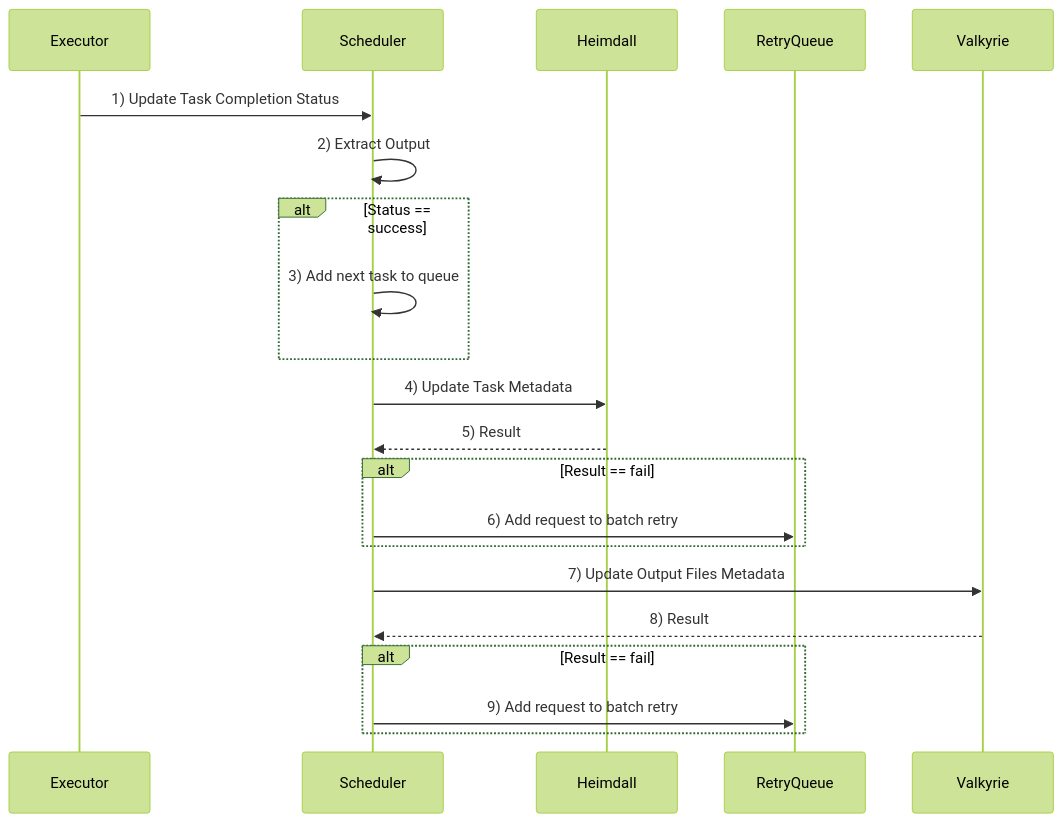
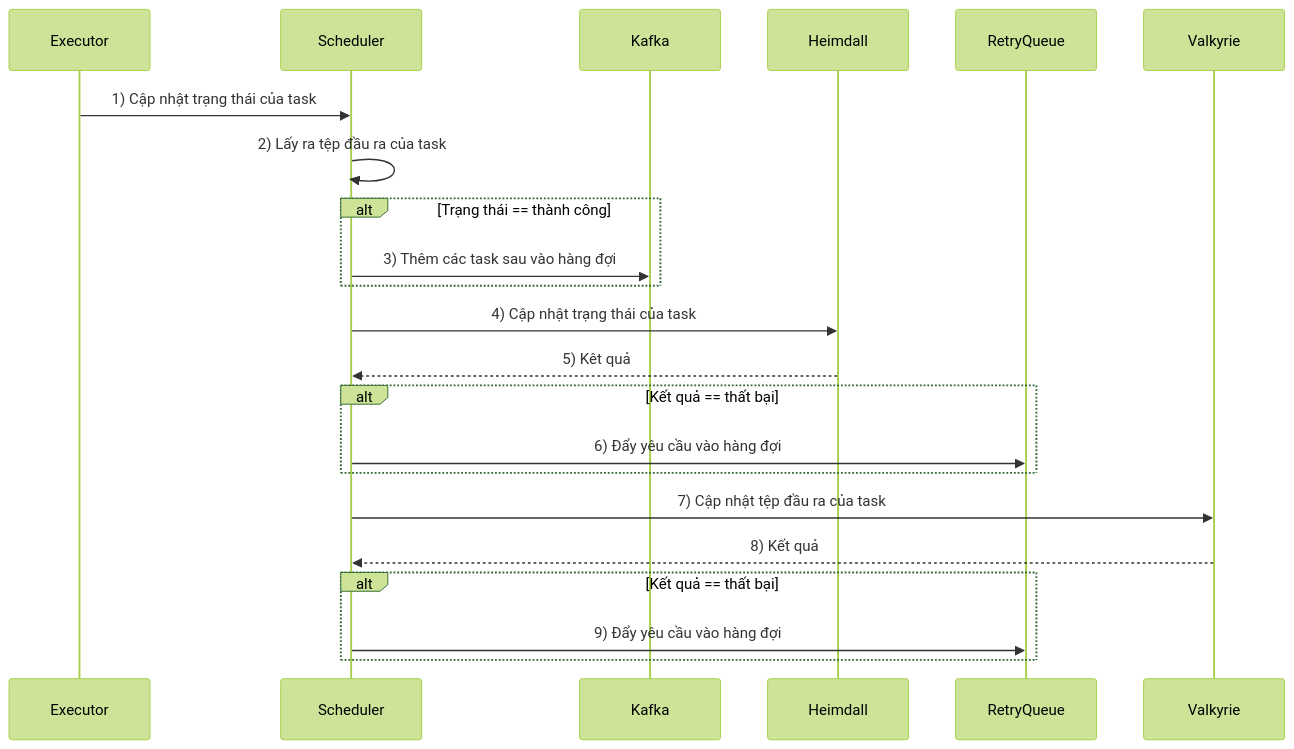
The diagram in doc/old-update-sequence.md (pinezapple/workflow), drawn with Mermaid (forest theme) before and after one commit. The commit also changed 5 other files, not shown here.

Commit message:
translate diagram to vietnamese

````diff
--- a/doc/old-update-sequence.md
+++ b/doc/old-update-sequence.md
@@ -1,18 +1,18 @@
 ```mermaid
 sequenceDiagram
-	Executor ->> Scheduler: 1) Update Task Completion Status  
-    Scheduler ->> Scheduler: 2) Extract Output
-    alt Status == success
-        Scheduler ->> Scheduler: 3) Add next task to queue 
+	Executor ->> Scheduler: 1) Cập nhật trạng thái của task  
+    Scheduler ->> Scheduler: 2) Lấy ra tệp đầu ra của task
+    alt Trạng thái == thành công 
+        Scheduler ->> Kafka: 3) Thêm các task sau vào hàng đợi
     end
-	Scheduler ->> Heimdall: 4) Update Task Metadata 
-    Heimdall -->> Scheduler: 5) Result
-    alt Result == fail 
-        Scheduler ->> RetryQueue: 6) Add request to batch retry
+	Scheduler ->> Heimdall: 4) Cập nhật trạng thái của task
+    Heimdall -->> Scheduler: 5) Kêt quả
+    alt Kết quả == thất bại 
+        Scheduler ->> RetryQueue: 6) Đẩy yêu cầu vào hàng đợi
     end
-    Scheduler ->> Valkyrie: 7) Update Output Files Metadata
-    Valkyrie -->> Scheduler: 8) Result
-    alt Result == fail 
-        Scheduler ->> RetryQueue: 9) Add request to batch retry
+    Scheduler ->> Valkyrie: 7) Cập nhật tệp đầu ra của task
+    Valkyrie -->> Scheduler: 8) Kết quả
+    alt Kết quả == thất bại 
+        Scheduler ->> RetryQueue: 9) Đẩy yêu cầu vào hàng đợi
     end
 ```
````
